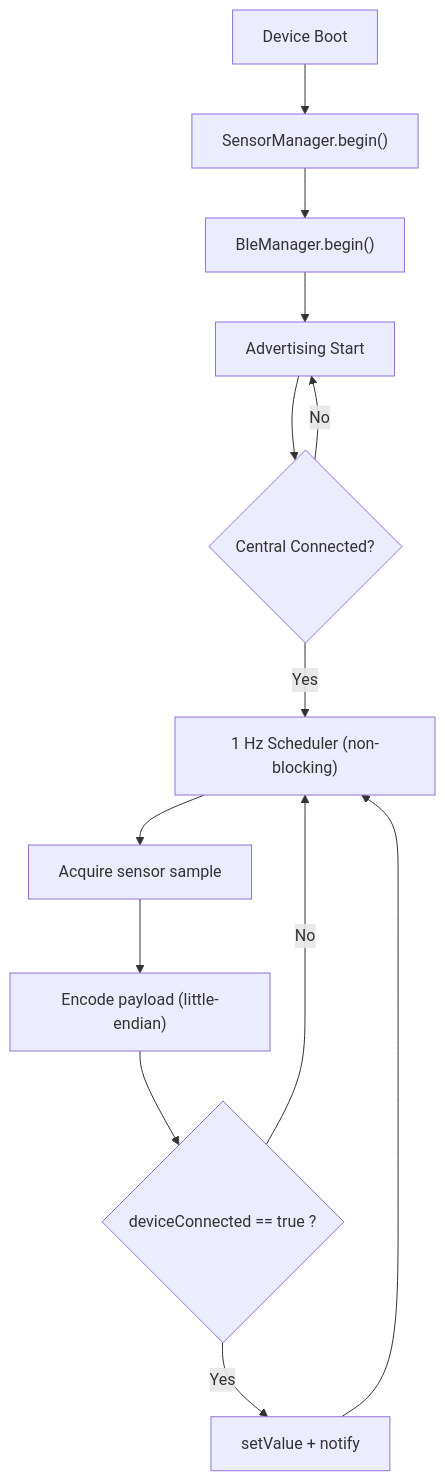
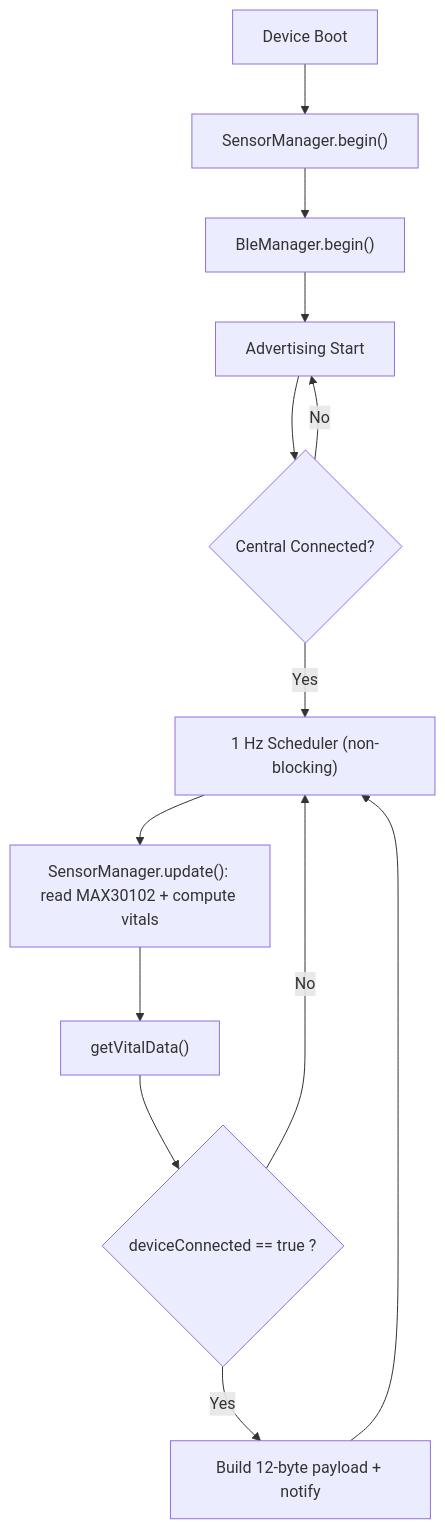
The first of 2 diagrams in README.md (Frey210/Ergoquipt-TympanicHR), drawn with Mermaid before and after one commit. The commit also changed other lines of this file and 6 other files, not shown here.

First line of the commit message:
feat(hr-band): add HR/SpO2/RR/HRV pipeline and new 12-byte BLE payload

````diff
--- a/README.md
+++ b/README.md
@@ -248,15 +234,15 @@
 ```mermaid
 flowchart TD
   A["Device Boot"] --> B["SensorManager.begin()"]
   B --> C["BleManager.begin()"]
   C --> D["Advertising Start"]
   D --> E{"Central Connected?"}
   E -- "No" --> D
   E -- "Yes" --> F["1 Hz Scheduler (non-blocking)"]
-  F --> G["Acquire sensor sample"]
-  G --> H["Encode payload (little-endian)"]
+  F --> G["SensorManager.update(): read MAX30102 + compute vitals"]
+  G --> H["getVitalData()"]
   H --> I{"deviceConnected == true ?"}
   I -- "No" --> F
-  I -- "Yes" --> J["setValue + notify"]
+  I -- "Yes" --> J["Build 12-byte payload + notify"]
   J --> F
 ```
````
